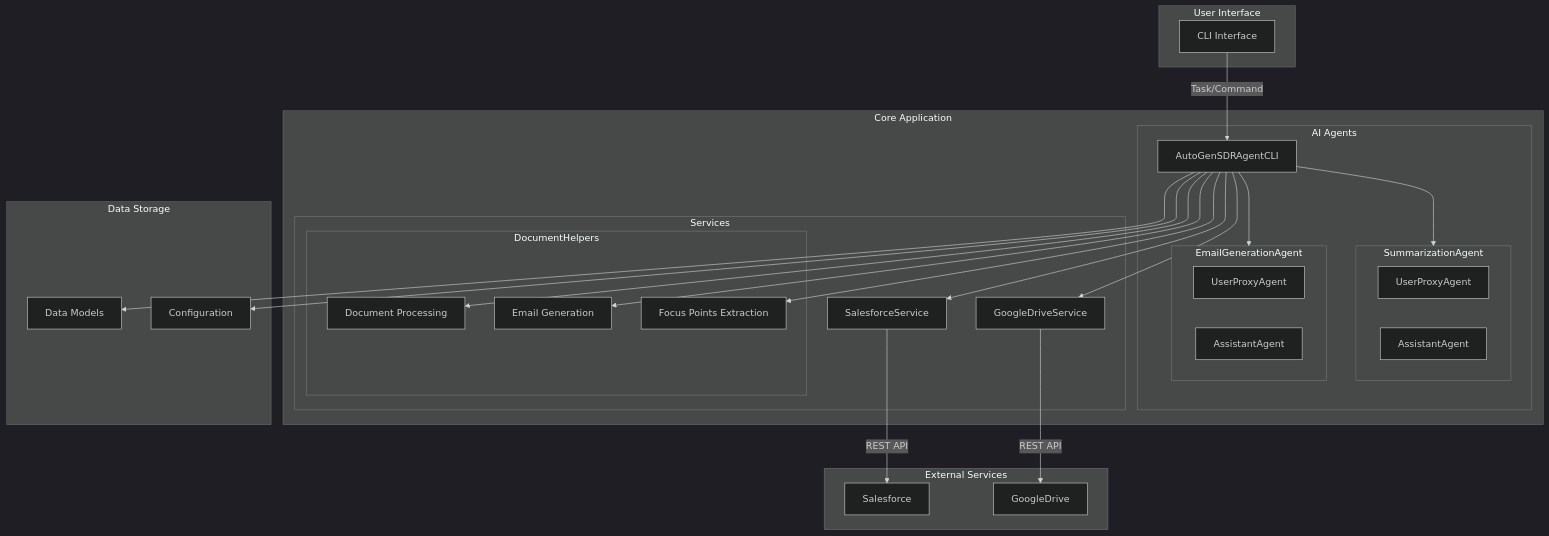
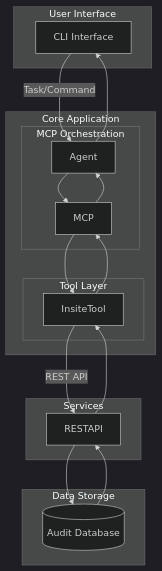
The first of 2 diagrams in README.md (nenavathsuresh/Autogen), drawn with Mermaid (dark theme) before and after one commit.

````diff
--- a/README.md
+++ b/README.md
@@ -47,54 +47,39 @@
 ```mermaid
 graph TD
     subgraph User Interface
         CLI[CLI Interface]
     end
 
     subgraph Core Application
-        CLI -->|Task/Command| AutoGenSDRAgentCLI
-        
-        subgraph AI Agents
-            AutoGenSDRAgentCLI --> SummarizationAgent
-            AutoGenSDRAgentCLI --> EmailGenerationAgent
-            
-            subgraph SummarizationAgent
-                SummaryUserProxy[UserProxyAgent]
-                SummaryAssistant[AssistantAgent]
-            end
-            
-            subgraph EmailGenerationAgent
-                EmailUserProxy[UserProxyAgent]
-                EmailAssistant[AssistantAgent]
-            end
+        CLI -->|Task/Command| Agent
+        subgraph MCP Orchestration
+            Agent --> MCP
         end
-        
-        subgraph Services
-            AutoGenSDRAgentCLI --> SalesforceService
-            AutoGenSDRAgentCLI --> GoogleDriveService
-            
-            subgraph DocumentHelpers
-                DocumentProcessing[Document Processing]
-                EmailGeneration[Email Generation]
-                FocusExtraction[Focus Points Extraction]
-            end
+        subgraph Tool Layer
+            MCP --> InsiteTool
         end
     end
-    
-    subgraph External Services
-        SalesforceService -->|REST API| Salesforce
-        GoogleDriveService -->|REST API| GoogleDrive
+
+    subgraph Services
+        InsiteTool -->|REST API| RESTAPI
     end
-    
+
     subgraph Data Storage
-        Models[Data Models]
-        Config[Configuration]
+        RESTAPI --> AuditDB[(Audit Database)]
     end
-    
-    AutoGenSDRAgentCLI --> Models
-    AutoGenSDRAgentCLI --> Config
-    
-    %% Document Helpers interactions
-    AutoGenSDRAgentCLI --> DocumentProcessing
-    AutoGenSDRAgentCLI --> EmailGeneration
-    AutoGenSDRAgentCLI --> FocusExtraction
+
+    %% Feedback/Result Flow
+    AuditDB --> RESTAPI
+    RESTAPI --> InsiteTool
+    InsiteTool --> MCP
+    MCP --> Agent
+    Agent --> CLI
+
+    %% Explicit labeling for each core step
+    click Agent "Represents the orchestrating core that parses YAML and triggers MCP"
+    click MCP "Model Context Protocol coordinating tool requests"
+    click InsiteTool "Business logic layer, communicates with backend REST API"
+    click RESTAPI "Backend for audit report creation and retrieval"
+    click AuditDB "Persistent storage/database for audit reports"
+
 ```
````
